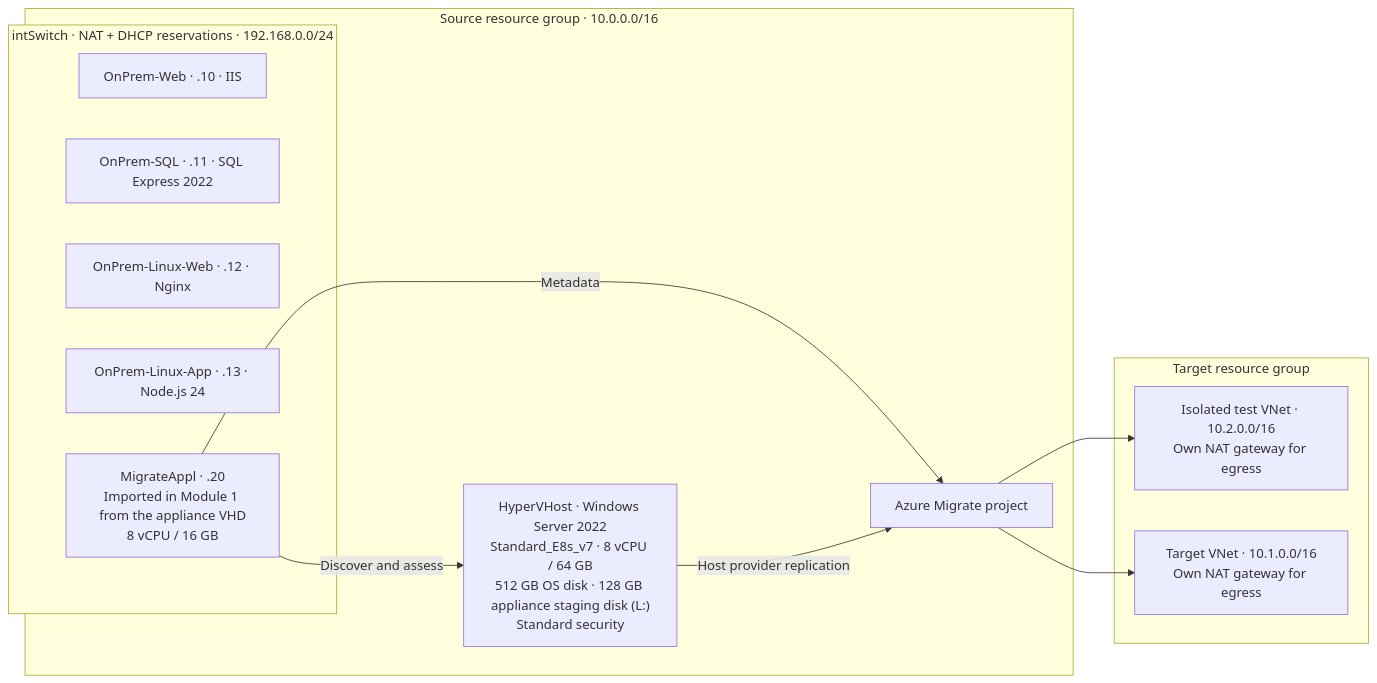
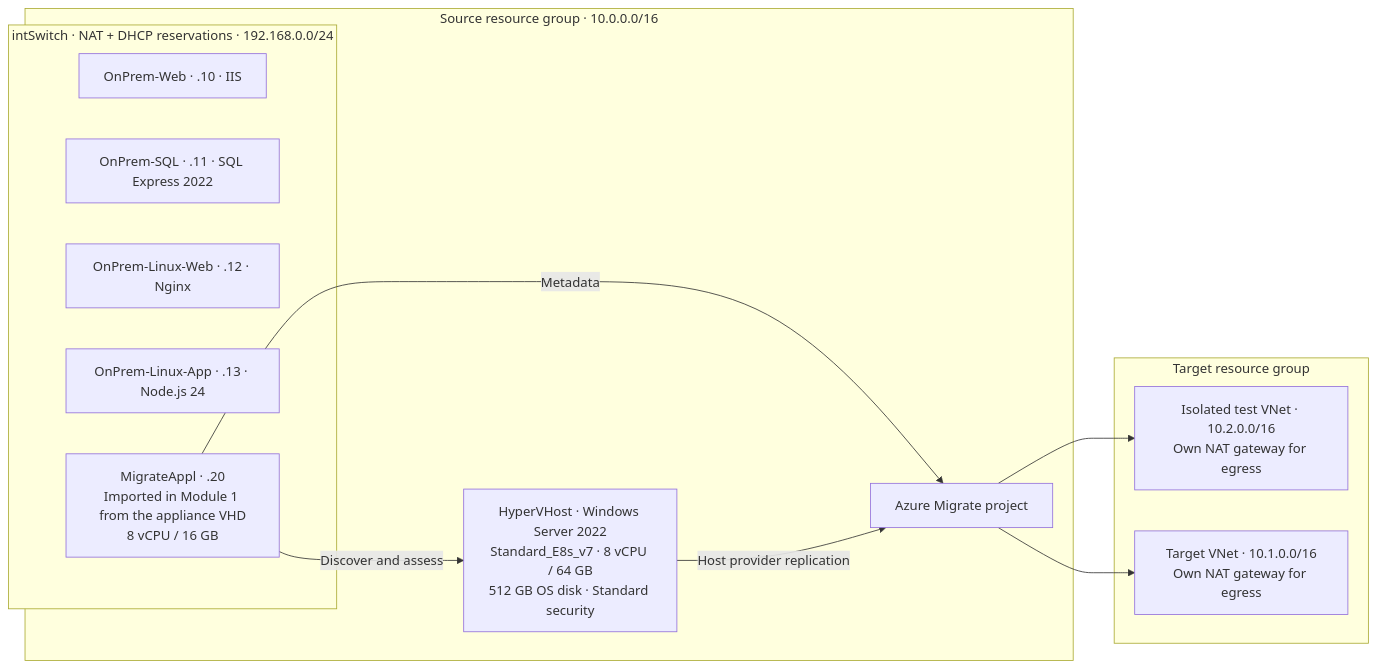
The diagram in README.md (JBibbs19/azure-migrate-workshop), drawn with Mermaid before and after one commit. The commit also changed other lines of this file and 8 other files, not shown here.

````diff
--- a/README.md
+++ b/README.md
@@ -27,23 +27,23 @@
 ```mermaid
 flowchart LR
   subgraph Source["Source resource group · 10.0.0.0/16"]
-    Host["HyperVHost · Windows Server 2022\nStandard_E8s_v7 · 8 vCPU / 64 GB\n512 GB OS disk · 128 GB appliance staging disk (L:)\nStandard security"]
+    Host["HyperVHost · Windows Server 2022\nStandard_E8s_v7 · 8 vCPU / 64 GB\n512 GB OS disk · Standard security"]
     subgraph Nested["intSwitch · NAT + DHCP reservations · 192.168.0.0/24"]
       IIS["OnPrem-Web · .10 · IIS"]
       SQL["OnPrem-SQL · .11 · SQL Express 2022"]
       Nginx["OnPrem-Linux-Web · .12 · Nginx"]
       App["OnPrem-Linux-App · .13 · Node.js 24"]
       Appliance["MigrateAppl · .20\nImported in Module 1 from the appliance VHD\n8 vCPU / 16 GB"]
     end
     Project["Azure Migrate project"]
     Appliance -->|Discover and assess| Host
     Appliance -->|Metadata| Project
   end
   subgraph Destination["Target resource group"]
     Test["Isolated test VNet · 10.2.0.0/16\nOwn NAT gateway for egress"]
     Target["Target VNet · 10.1.0.0/16\nOwn NAT gateway for egress"]
   end
   Host -->|Host provider replication| Project
   Project --> Test
   Project --> Target
 ```
````
